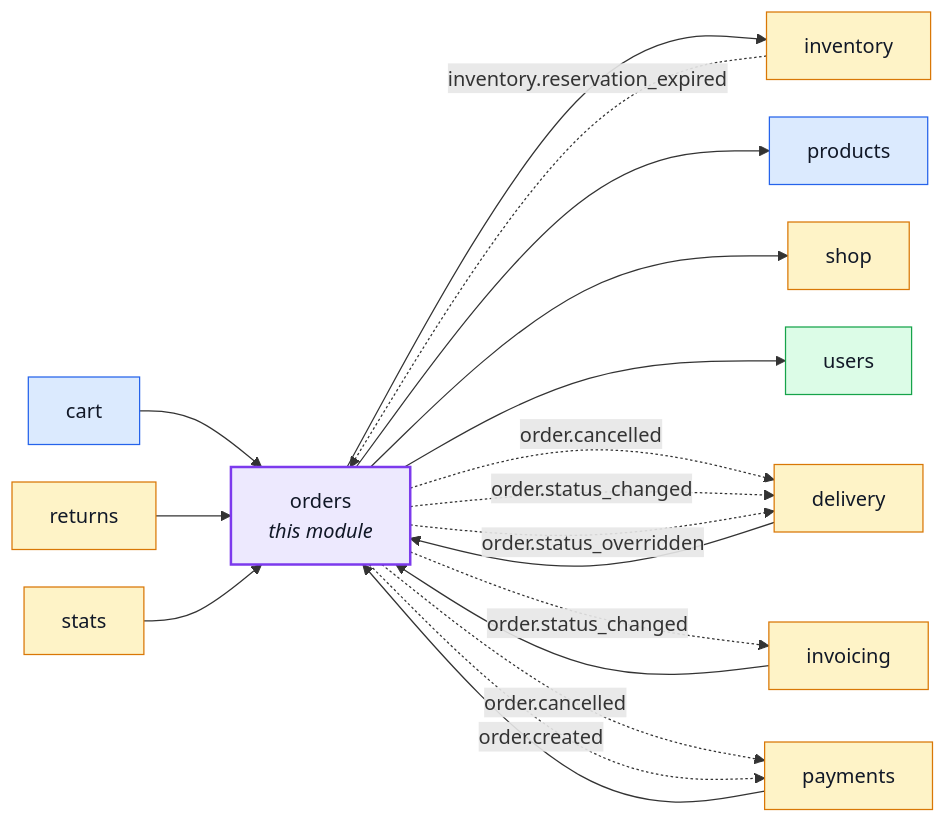
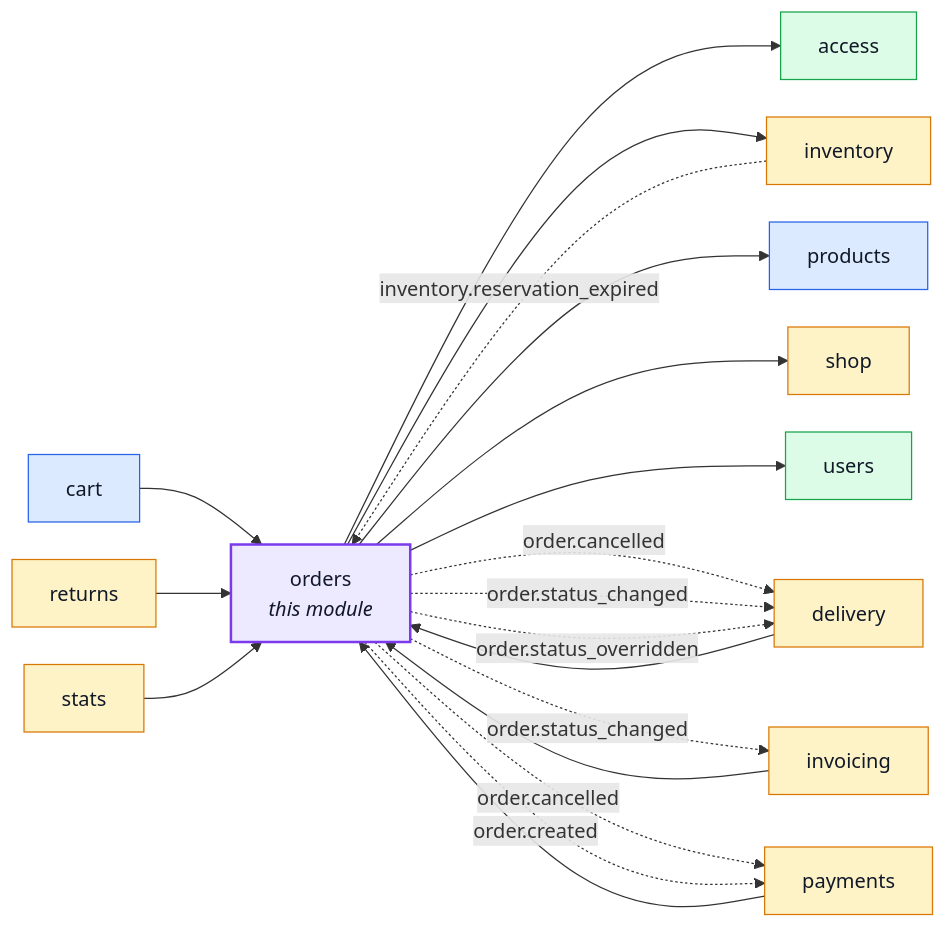
The first of 9 diagrams in docs/modules/orders.md (Guebbit/boilerplate-node-backend), drawn with Mermaid before and after one commit. The commit also changed 11 other files, not shown here.

````diff
--- a/docs/modules/orders.md
+++ b/docs/modules/orders.md
@@ -16,42 +16,44 @@
 ```mermaid
 %%{init: {'flowchart': {'nodeSpacing': 30, 'rankSpacing': 60}}}%%
 flowchart LR
     orders["orders<br/><i>this module</i>"]
+    access["access"]
     cart["cart"]
     delivery["delivery"]
     inventory["inventory"]
     invoicing["invoicing"]
     payments["payments"]
     products["products"]
     returns["returns"]
     shop["shop"]
     stats["stats"]
     users["users"]
 
     cart --> orders
     delivery --> orders
     invoicing --> orders
     payments --> orders
     returns --> orders
     stats --> orders
+    orders --> access
     orders --> inventory
     orders --> products
     orders --> shop
     orders --> users
     inventory -. "inventory.reservation_expired" .-> orders
     orders -. "order.cancelled" .-> delivery
     orders -. "order.status_changed" .-> delivery
     orders -. "order.status_overridden" .-> delivery
     orders -. "order.status_changed" .-> invoicing
     orders -. "order.cancelled" .-> payments
     orders -. "order.created" .-> payments
 
     classDef core fill:#dbeafe,stroke:#2563eb,color:#111827;
     classDef supporting fill:#fef3c7,stroke:#d97706,color:#111827;
     classDef generic fill:#dcfce7,stroke:#16a34a,color:#111827;
     classDef centre fill:#ede9fe,stroke:#7c3aed,stroke-width:2px,color:#111827;
     class cart,products core;
     class delivery,inventory,invoicing,payments,returns,shop,stats supporting;
-    class users generic;
+    class access,users generic;
     class orders centre;
 ```
````
